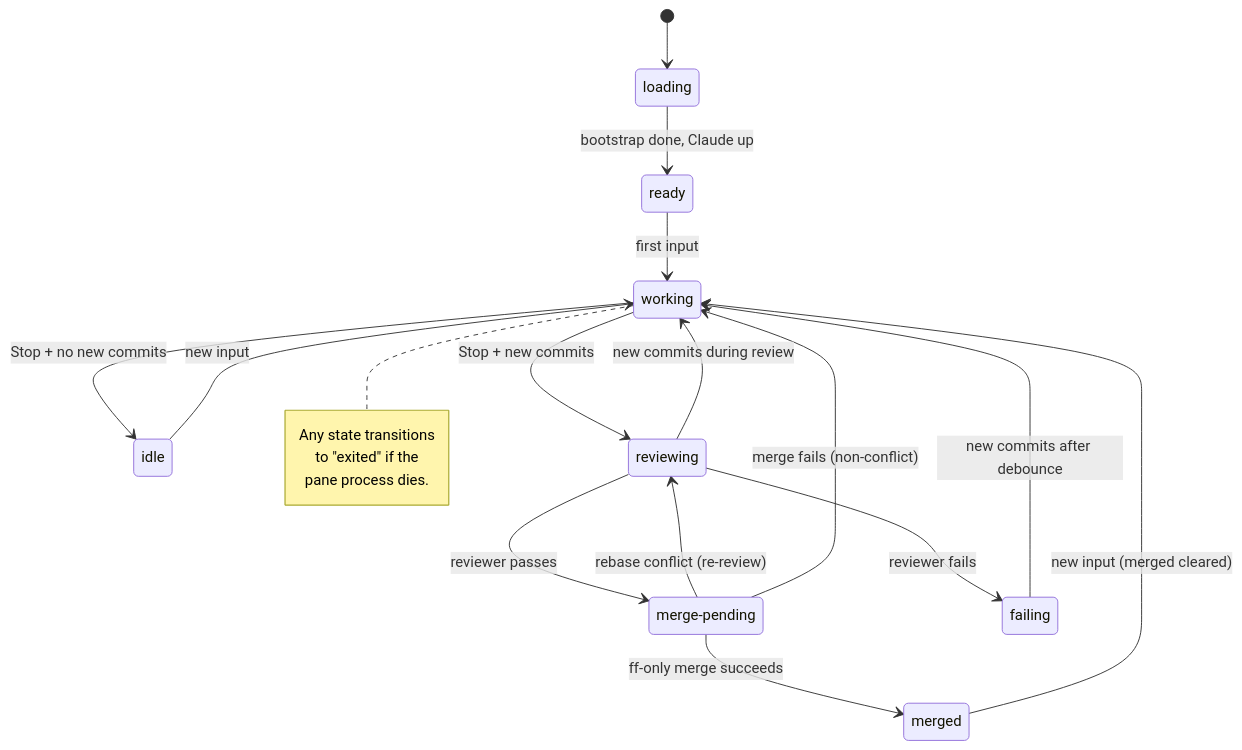
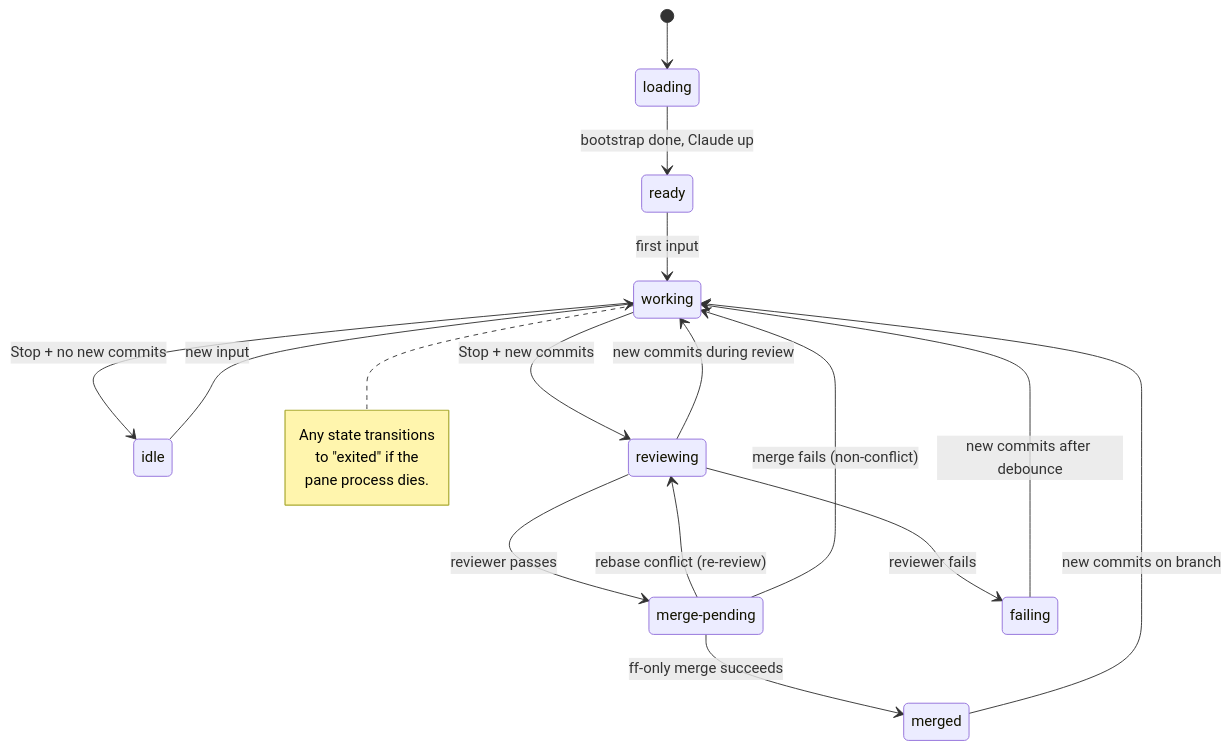
Before and after one commit to keychanger/garden: the first of 4 diagrams in src/dashboard/STATUS.md, drawn with Mermaid. The commit also changed other lines of this file, not shown here.

````diff
--- a/src/dashboard/STATUS.md
+++ b/src/dashboard/STATUS.md
@@ -51,31 +51,31 @@
 ```mermaid
 stateDiagram-v2
     [*] --> loading
     loading --> ready : bootstrap done, Claude up
     ready --> working : first input
 
     working --> idle : Stop + no new commits
     working --> reviewing : Stop + new commits
 
     idle --> working : new input
 
     reviewing --> merge_pending : reviewer passes
     reviewing --> failing : reviewer fails
     reviewing --> working : new commits during review
 
     merge_pending --> merged : ff-only merge succeeds
     merge_pending --> reviewing : rebase conflict (re-review)
     merge_pending --> working : merge fails (non-conflict)
 
-    merged --> working : new input (merged cleared)
+    merged --> working : new commits on branch
 
     failing --> working : new commits after debounce
 
     state "merge-pending" as merge_pending
 
     note right of working
         Any state transitions
         to "exited" if the
         pane process dies.
     end note
 ```
````
